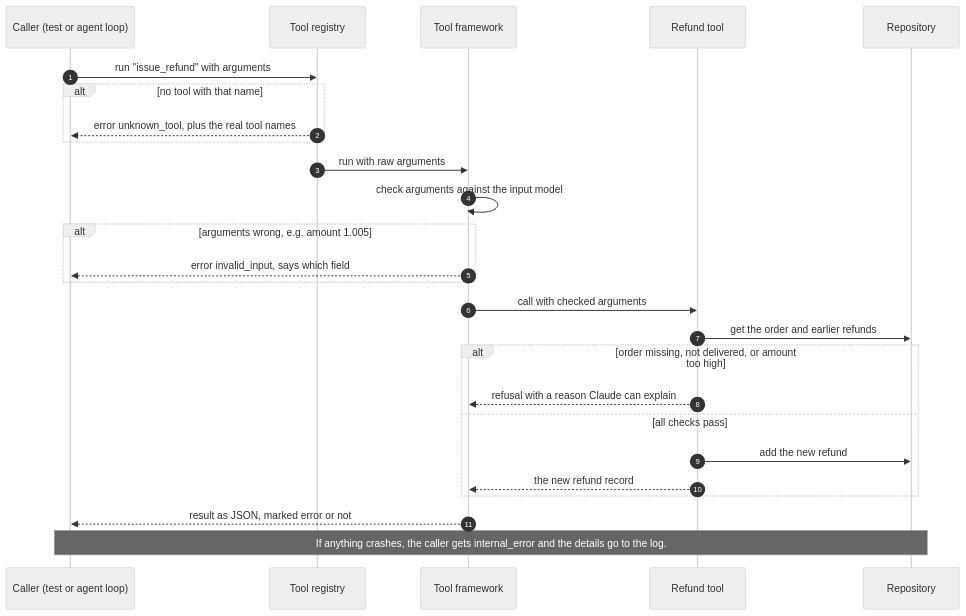
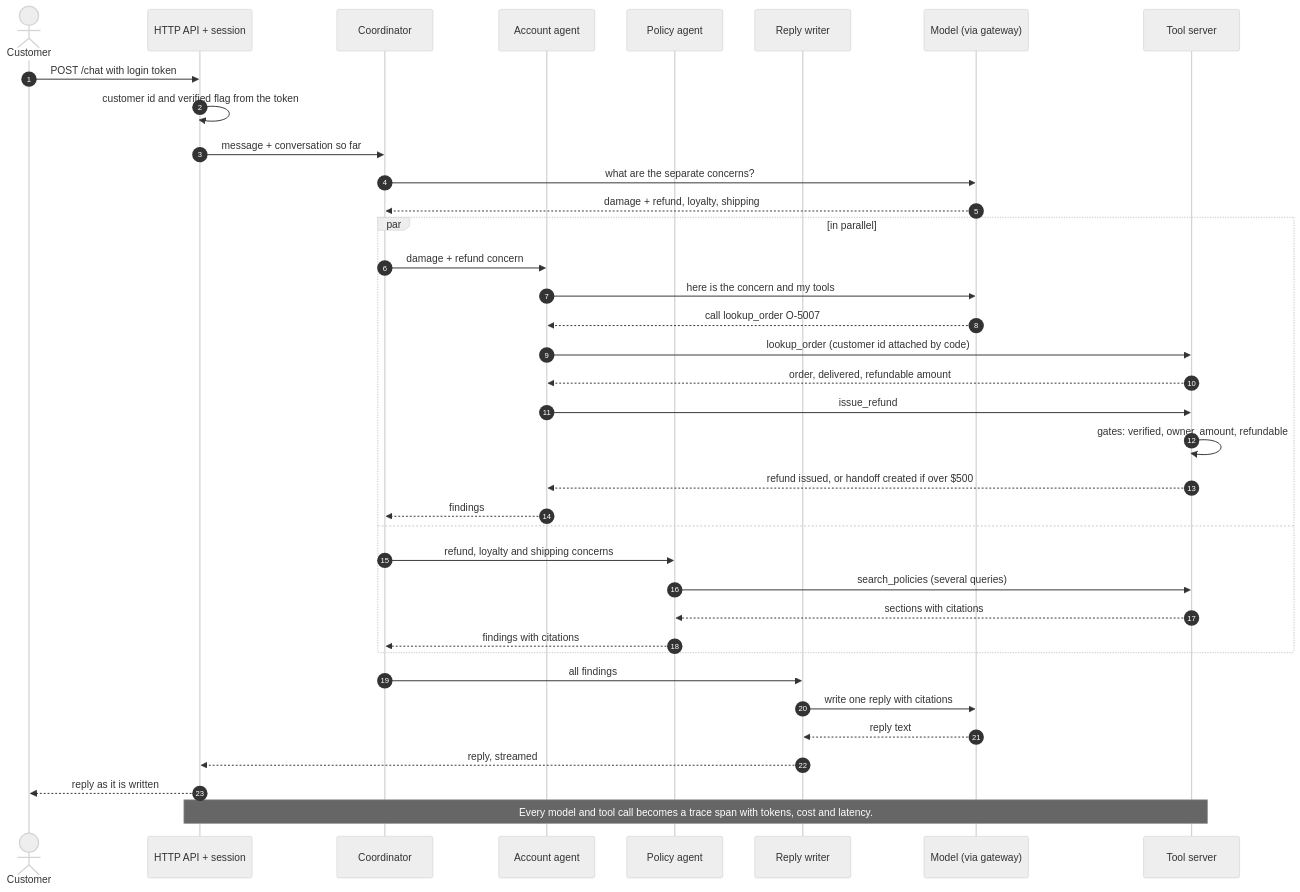
The fifth of 5 diagrams in docs/ARCHITECTURE.md (isteshkov-notes/support-desk), drawn with Mermaid (neutral theme) before and after one commit. The commit also changed other lines of this file and 1 other file, not shown here.

Commit message:
Docs: architecture shows the target system, not per-week status

````diff
--- a/docs/ARCHITECTURE.md
+++ b/docs/ARCHITECTURE.md
@@ -240,28 +300,39 @@
 ```mermaid
 sequenceDiagram
   autonumber
-  participant L as Caller (test or agent loop)
-  participant R as Tool registry
-  participant T as Tool framework
-  participant H as Refund tool
-  participant P as Repository
-  L->>R: run "issue_refund" with arguments
-  alt no tool with that name
-    R-->>L: error unknown_tool, plus the real tool names
+  actor C as Customer
+  participant A as HTTP API + session
+  participant K as Coordinator
+  participant AA as Account agent
+  participant PA as Policy agent
+  participant W as Reply writer
+  participant M as Model (via gateway)
+  participant T as Tool server
+  C->>A: POST /chat with login token
+  A->>A: customer id and verified flag from the token
+  A->>K: message + conversation so far
+  K->>M: what are the separate concerns?
+  M-->>K: damage + refund, loyalty, shipping
+  par in parallel
+    K->>AA: damage + refund concern
+    AA->>M: here is the concern and my tools
+    M-->>AA: call lookup_order O-5007
+    AA->>T: lookup_order (customer id attached by code)
+    T-->>AA: order, delivered, refundable amount
+    AA->>T: issue_refund
+    T->>T: gates: verified, owner, amount, refundable
+    T-->>AA: refund issued, or handoff created if over $500
+    AA-->>K: findings
+  and
+    K->>PA: refund, loyalty and shipping concerns
+    PA->>T: search_policies (several queries)
+    T-->>PA: sections with citations
+    PA-->>K: findings with citations
   end
-  R->>T: run with raw arguments
-  T->>T: check arguments against the input model
-  alt arguments wrong, e.g. amount 1.005
-    T-->>L: error invalid_input, says which field
-  end
-  T->>H: call with checked arguments
-  H->>P: get the order and earlier refunds
-  alt order missing, not delivered, or amount too high
-    H-->>T: refusal with a reason Claude can explain
-  else all checks pass
-    H->>P: add the new refund
-    H-->>T: the new refund record
-  end
-  T-->>L: result as JSON, marked error or not
-  Note over L,P: If anything crashes, the caller gets internal_error and the details go to the log.
+  K->>W: all findings
+  W->>M: write one reply with citations
+  M-->>W: reply text
+  W-->>A: reply, streamed
+  A-->>C: reply as it is written
+  Note over A,T: Every model and tool call becomes a trace span with tokens, cost and latency.
 ```
````
